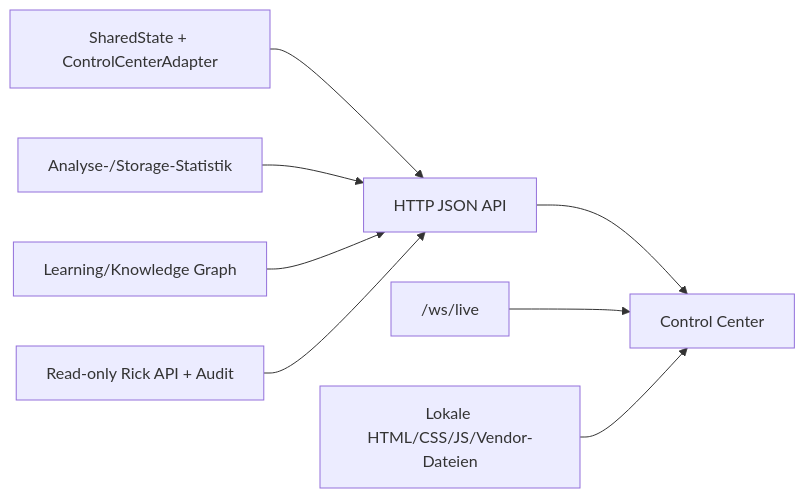
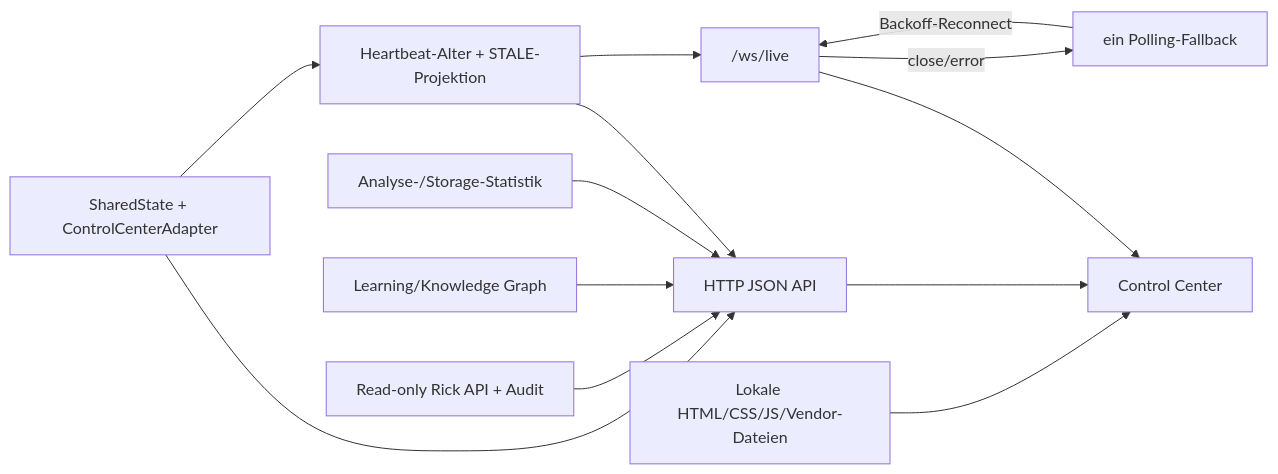
The fourth of 7 diagrams in docs/ARCHITECTURE.md (cRioshy/Pando), drawn with Mermaid before and after one commit. The commit also changed other lines of this file and 12 other files, not shown here.

````diff
--- a/docs/ARCHITECTURE.md
+++ b/docs/ARCHITECTURE.md
@@ -150,10 +150,15 @@
 ```mermaid
 flowchart LR
     API["HTTP JSON API"] --> UI["Control Center"]
     WS["/ws/live"] --> UI
+    WS -->|"close/error"| POLL["ein Polling-Fallback"]
+    POLL -->|"Backoff-Reconnect"| WS
     STATIC["Lokale HTML/CSS/JS/Vendor-Dateien"] --> UI
     STATE["SharedState + ControlCenterAdapter"] --> API
+    STATE --> STALE["Heartbeat-Alter + STALE-Projektion"]
+    STALE --> API
+    STALE --> WS
     STATS["Analyse-/Storage-Statistik"] --> API
     GRAPH["Learning/Knowledge Graph"] --> API
     RICK["Read-only Rick API + Audit"] --> API
 ```
````
